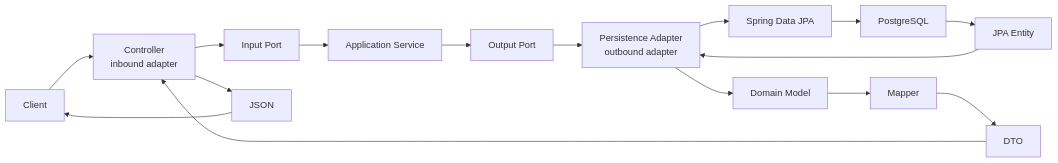
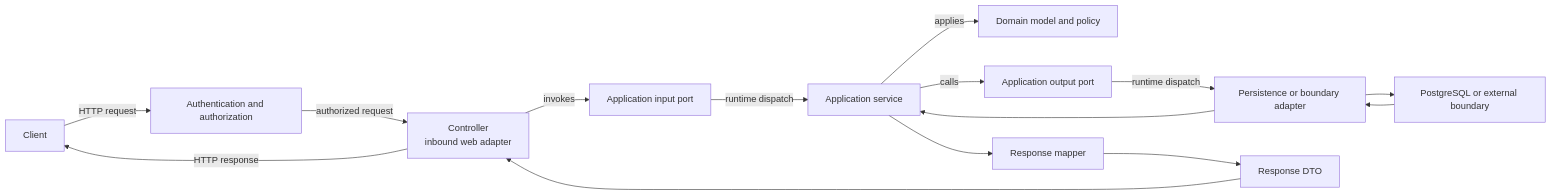
Before and after one commit to dongduy-dev/meridian-finance: the first of 9 diagrams in docs/architecture/MER-ARCH-006-api-request-flow-and-dependencies.md, drawn with Mermaid. The commit also changed other lines of this file and 7 other files, not shown here.

````diff
--- a/docs/architecture/MER-ARCH-006-api-request-flow-and-dependencies.md
+++ b/docs/architecture/MER-ARCH-006-api-request-flow-and-dependencies.md
@@ -14,19 +56,29 @@
 ```mermaid
 flowchart LR
     Client["Client"]
-    Controller["Controller<br/>inbound adapter"]
-    InPort["Input Port"]
-    Service["Application Service"]
-    OutPort["Output Port"]
-    Adapter["Persistence Adapter<br/>outbound adapter"]
-    Jpa["Spring Data JPA"]
-    Db["PostgreSQL"]
-    Entity["JPA Entity"]
-    Domain["Domain Model"]
-    Mapper["Mapper"]
-    Dto["DTO"]
-    Json["JSON"]
+    Security["Authentication and authorization"]
+    Controller["Controller<br/>inbound web adapter"]
+    InPort["Application input port"]
+    Service["Application service"]
+    Domain["Domain model and policy"]
+    OutPort["Application output port"]
+    Adapter["Persistence or boundary adapter"]
+    Store["PostgreSQL or external boundary"]
+    Mapper["Response mapper"]
+    DTO["Response DTO"]
 
-    Client --> Controller --> InPort --> Service --> OutPort --> Adapter --> Jpa --> Db
-    Db --> Entity --> Adapter --> Domain --> Mapper --> Dto --> Controller --> Json --> Client
+    Client -->|"HTTP request"| Security
+    Security -->|"authorized request"| Controller
+    Controller -->|"invokes"| InPort
+    InPort -->|"runtime dispatch"| Service
+    Service -->|"applies"| Domain
+    Service -->|"calls"| OutPort
+    OutPort -->|"runtime dispatch"| Adapter
+    Adapter --> Store
+    Store --> Adapter
+    Adapter --> Service
+    Service --> Mapper
+    Mapper --> DTO
+    DTO --> Controller
+    Controller -->|"HTTP response"| Client
 ```
````
